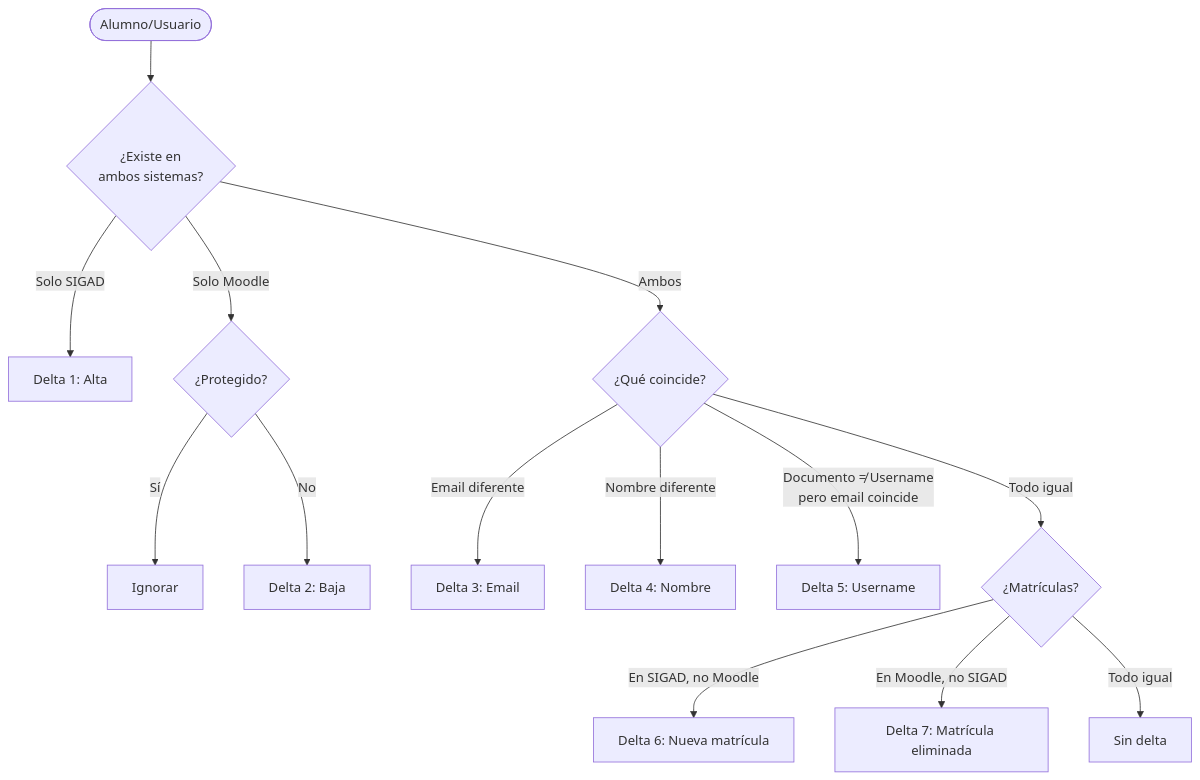
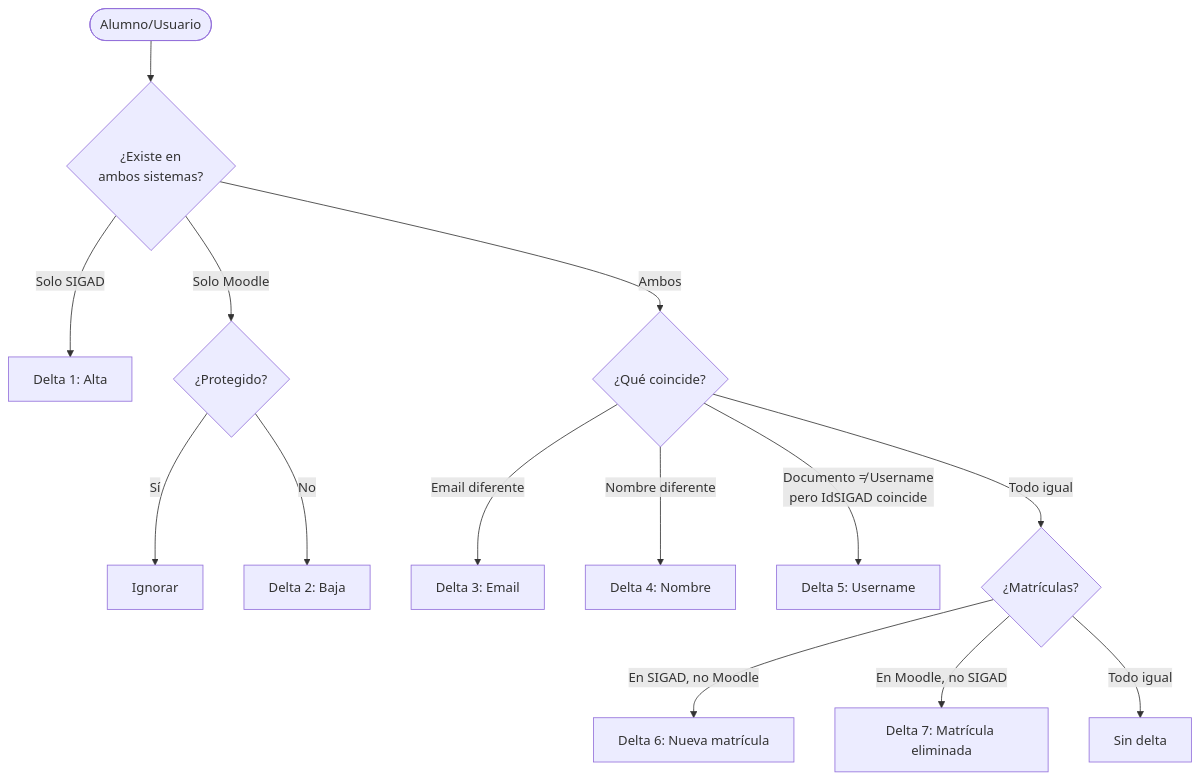
Diagram 12 of 12 in docus/sync_analyzer.md (FPVirtual/fp-virtual-gestion-alumnos), drawn with Mermaid before and after one commit. The commit also changed other lines of this file and 19 other files, not shown here.

First line of the commit message:
feat: sincroniza custom fields y delta 5 por IdSIGAD

````diff
--- a/docus/sync_analyzer.md
+++ b/docus/sync_analyzer.md
@@ -481,19 +537,19 @@
 ```mermaid
 flowchart TD
     Start([Alumno/Usuario]) --> Existe{¿Existe en<br/>ambos sistemas?}
 
     Existe -->|Solo SIGAD| D1[Delta 1: Alta]
     Existe -->|Solo Moodle| D2{¿Protegido?}
     D2 -->|Sí| Ignore[Ignorar]
     D2 -->|No| D2b[Delta 2: Baja]
     Existe -->|Ambos| Comparar{¿Qué coincide?}
 
     Comparar -->|Email diferente| D3[Delta 3: Email]
     Comparar -->|Nombre diferente| D4[Delta 4: Nombre]
-    Comparar -->|Documento ≠ Username<br/>pero email coincide| D5[Delta 5: Username]
+    Comparar -->|Documento ≠ Username<br/>pero IdSIGAD coincide| D5[Delta 5: Username]
     Comparar -->|Todo igual| Matricula{¿Matrículas?}
 
     Matricula -->|En SIGAD, no Moodle| D6[Delta 6: Nueva matrícula]
     Matricula -->|En Moodle, no SIGAD| D7[Delta 7: Matrícula eliminada]
     Matricula -->|Todo igual| OK[Sin delta]
 ```
````
